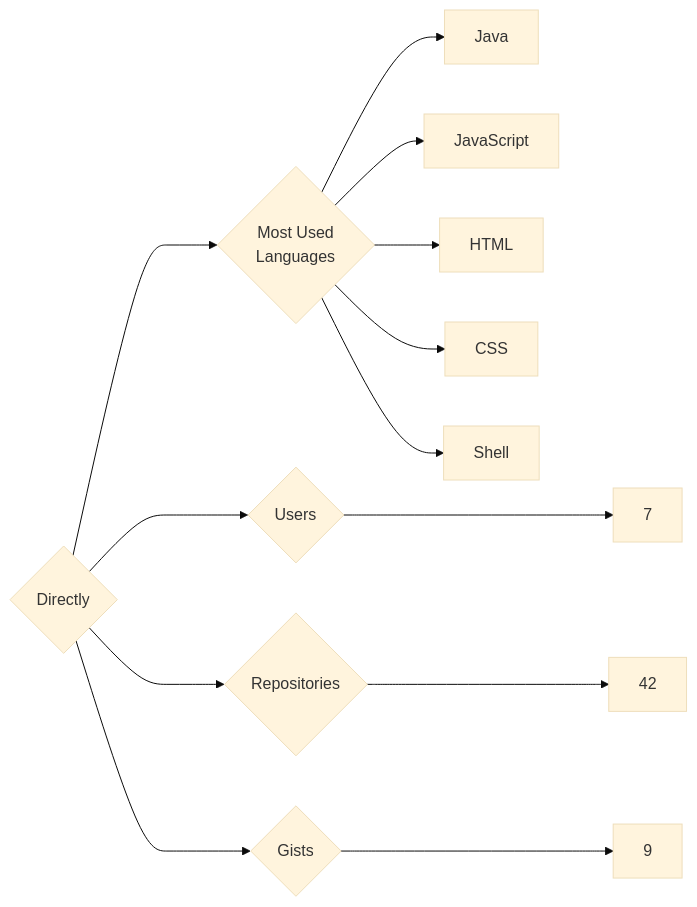
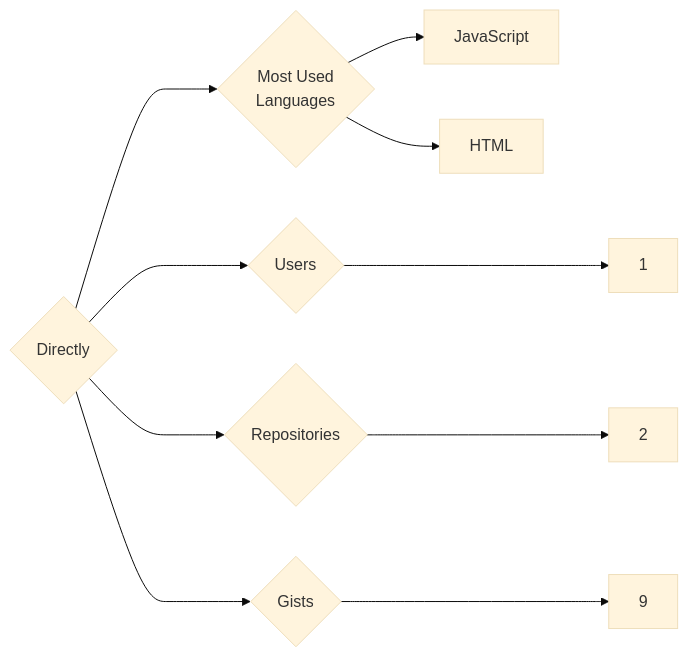
Before and after one commit to trickest/insiders: the diagram in targets/Directly/README.md, drawn with Mermaid (base theme). The commit also changed 1166 other files, not shown here.

````diff
--- a/targets/Directly/README.md
+++ b/targets/Directly/README.md
@@ -3,13 +3,10 @@
 ```mermaid
 graph LR
 COMPANY_NAME{Directly}
-COMPANY_NAME ---> U{Users} ---> UN[7]
-COMPANY_NAME ---> R{Repositories} ---> RN[42]
+COMPANY_NAME ---> U{Users} ---> UN[1]
+COMPANY_NAME ---> R{Repositories} ---> RN[2]
 COMPANY_NAME ---> G{Gists} ---> GN[9]
 COMPANY_NAME ---> ML{Most Used<br>Languages}
-ML --> Java[Java]
 ML --> JavaScript[JavaScript]
 ML --> HTML[HTML]
-ML --> CSS[CSS]
-ML --> Shell[Shell]
 ```
````
